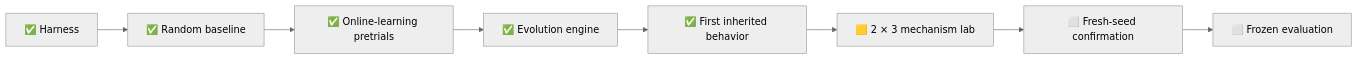
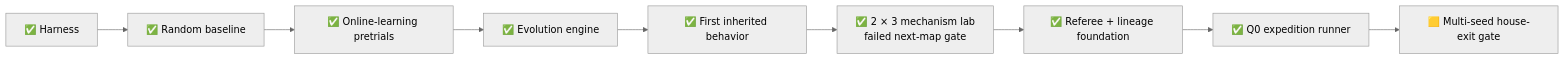
The first of 2 diagrams in docs/index.md (PeteAndrews1289/pokemon-red-ai), drawn with Mermaid (neutral theme) before and after one commit. The commit also changed other lines of this file and 25 other files, not shown here.

Commit message:
Build verified Hall of Fame expedition foundation

````diff
--- a/docs/index.md
+++ b/docs/index.md
@@ -42,10 +45,11 @@
 ```mermaid
 flowchart LR
     A["✅ Harness"] --> B["✅ Random baseline"]
     B --> C["✅ Online-learning pretrials"]
     C --> D["✅ Evolution engine"]
     D --> E["✅ First inherited behavior"]
-    E --> L["🟨 2 × 3 mechanism lab"]
-    L --> F["⬜ Fresh-seed confirmation"]
-    F --> G["⬜ Frozen evaluation"]
+    E --> L["✅ 2 × 3 mechanism lab<br/>failed next-map gate"]
+    L --> F["✅ Referee + lineage foundation"]
+    F --> G["✅ Q0 expedition runner"]
+    G --> H["🟨 Multi-seed house-exit gate"]
 ```
````
